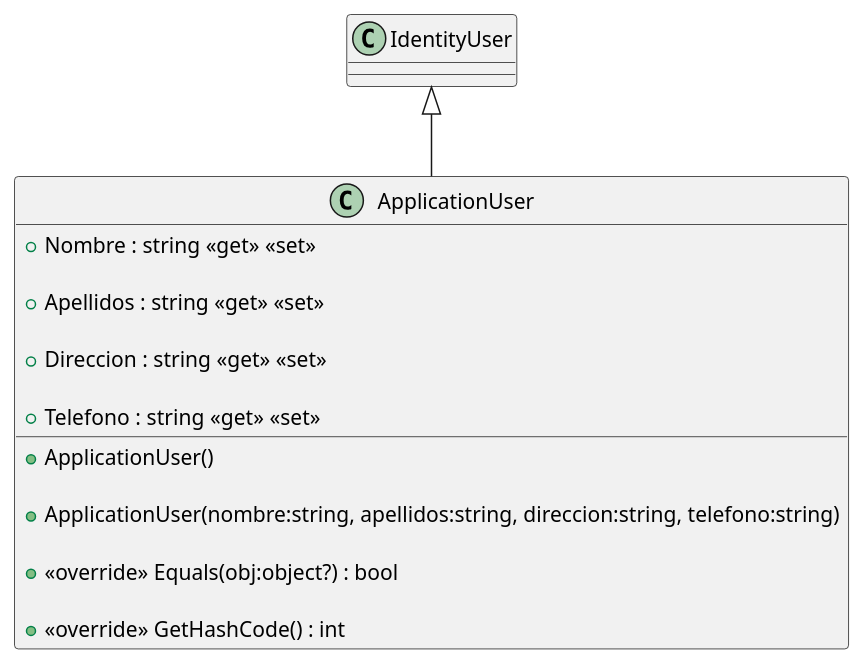
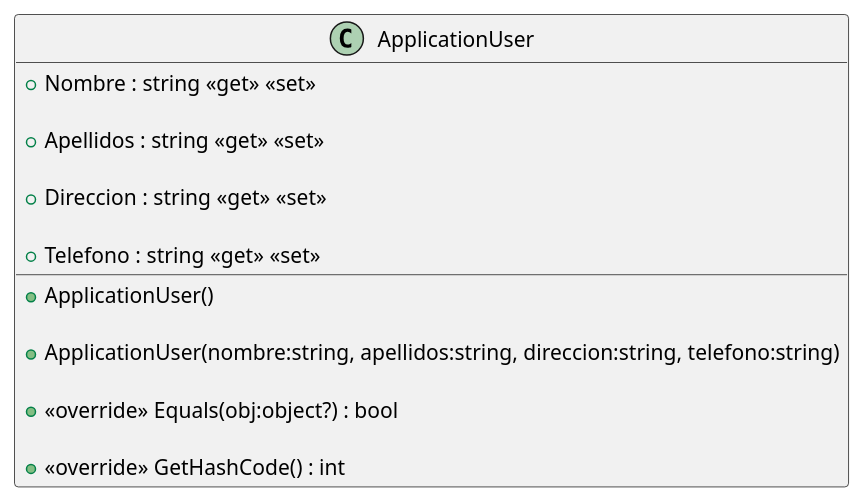
The diagram in src/AppForSEII.API/ClassDiagram/ApplicationUser.puml (ISII2627NPA/ISII2627NPA), drawn with PlantUML before and after one commit. The commit also changed other lines of this file, not shown here.

Commit message:
Arreglo el codigo para el diagrama de clases en ApplicationUser.puml

```diff
--- a/src/AppForSEII.API/ClassDiagram/ApplicationUser.puml
+++ b/src/AppForSEII.API/ClassDiagram/ApplicationUser.puml
@@ -1,26 +1,26 @@
 @startuml
 
 
 class ApplicationUser {
 
     + Nombre : string <<get>> <<set>>
 
     + Apellidos : string <<get>> <<set>>
 
     + Direccion : string <<get>> <<set>>
 
     + Telefono : string <<get>> <<set>>
 
     + ApplicationUser()
 
     + ApplicationUser(nombre:string, apellidos:string, direccion:string, telefono:string)
 
     + <<override>> Equals(obj:object?) : bool
 
     + <<override>> GetHashCode() : int
 
 }
 
-IdentityUser <|-- ApplicationUser
+
 
 @enduml
```
